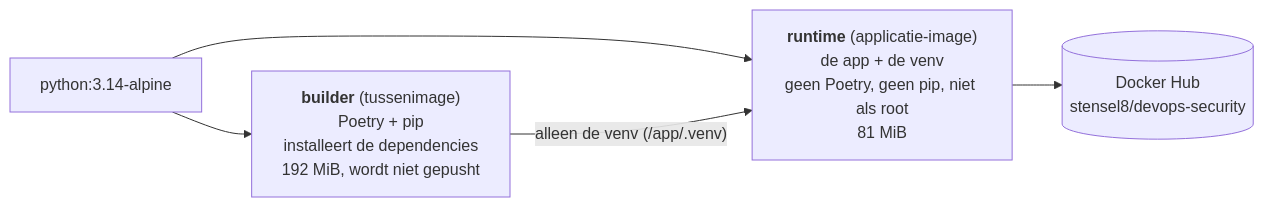
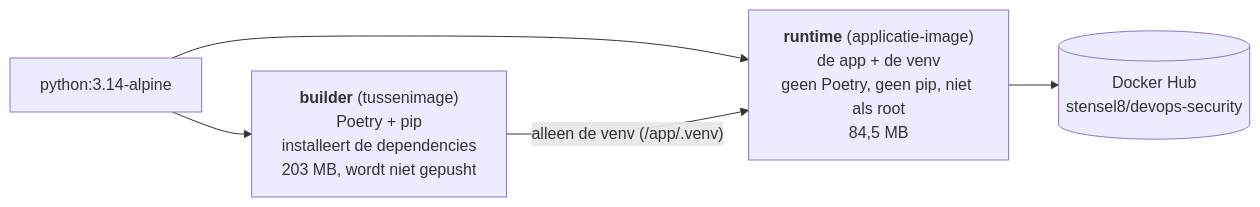
Before and after one commit to Stensel8/DevOps-Security: the diagram in week-3/README.md, drawn with Mermaid. The commit also changed other lines of this file and 19 other files, not shown here.

````diff
--- a/week-3/README.md
+++ b/week-3/README.md
@@ -22,7 +21,7 @@
 ```mermaid
 flowchart LR
-    A["python:3.14-alpine"] --> B["<b>builder</b> (tussenimage)<br/>Poetry + pip<br/>installeert de dependencies<br/>192 MiB, wordt niet gepusht"]
-    A --> C["<b>runtime</b> (applicatie-image)<br/>de app + de venv<br/>geen Poetry, geen pip, niet als root<br/>81 MiB"]
+    A["python:3.14-alpine"] --> B["<b>builder</b> (tussenimage)<br/>Poetry + pip<br/>installeert de dependencies<br/>203 MB, wordt niet gepusht"]
+    A --> C["<b>runtime</b> (applicatie-image)<br/>de app + de venv<br/>geen Poetry, geen pip, niet als root<br/>84,5 MB"]
     B -- "alleen de venv (/app/.venv)" --> C
     C --> D[("Docker Hub<br/>stensel8/devops-security")]
 ```
````
